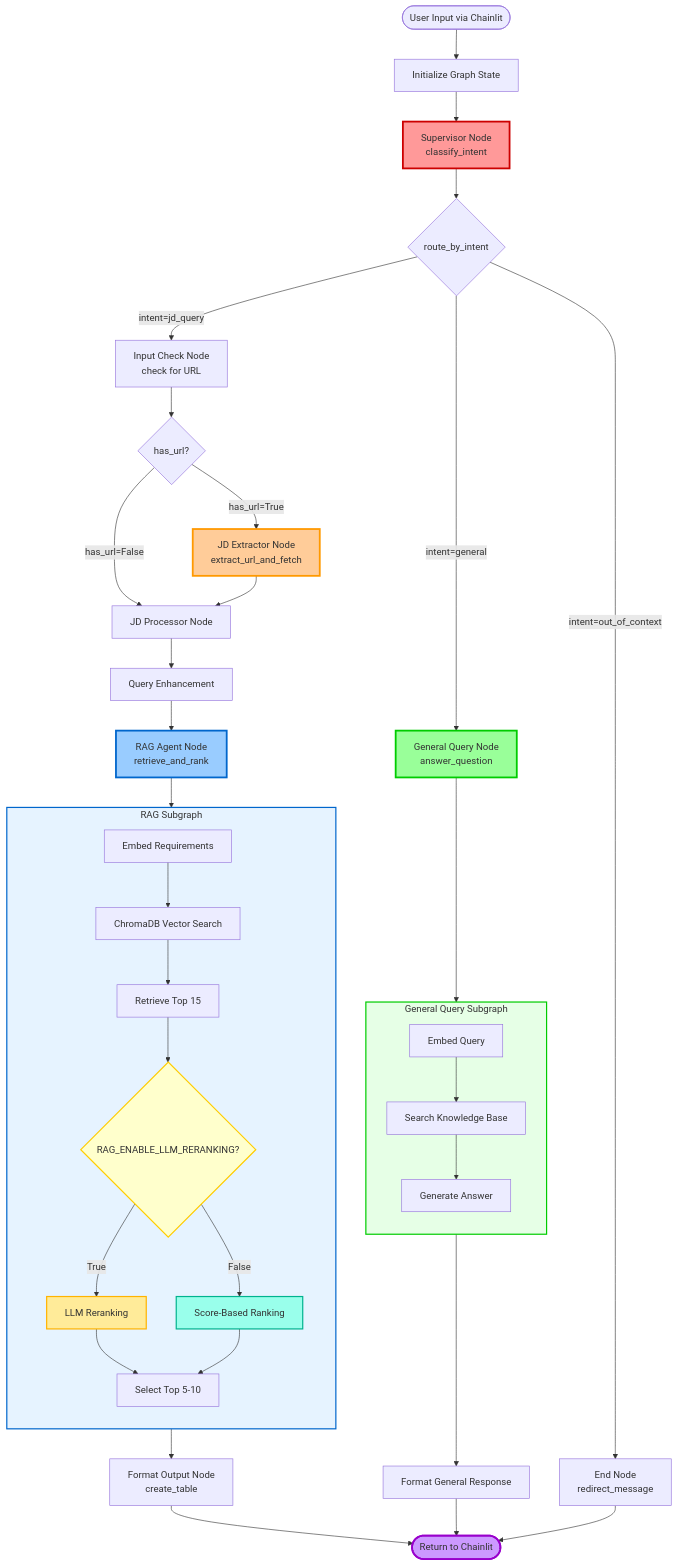
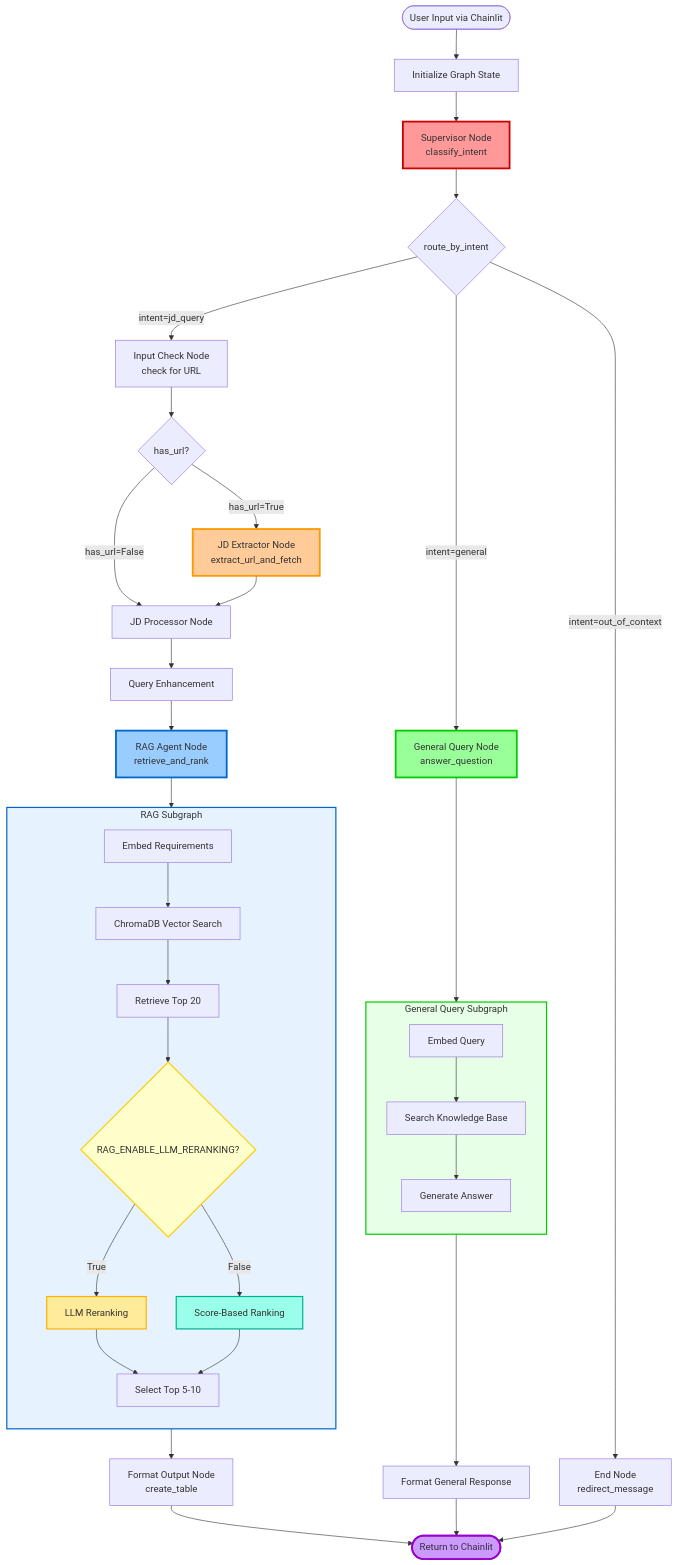
The diagram in README.md (vinu0404/Assessment_Recommendation), drawn with Mermaid before and after one commit. The commit also changed other lines of this file and 9 other files, not shown here.

````diff
--- a/README.md
+++ b/README.md
@@ -68,64 +47,64 @@
 ```mermaid
 graph TD
     Start([User Input via Chainlit]) --> InitState[Initialize Graph State]
    
     InitState --> SupervisorNode[Supervisor Node<br/>classify_intent]
    
     SupervisorNode --> SupervisorEdge{route_by_intent}
    
     SupervisorEdge -->|intent=jd_query| InputCheckNode[Input Check Node<br/>check for URL]
     SupervisorEdge -->|intent=general| GeneralNode[General Query Node<br/>answer_question]
     SupervisorEdge -->|intent=out_of_context| EndNode[End Node<br/>redirect_message]
    
     InputCheckNode --> URLCheckEdge{has_url?}
    
     URLCheckEdge -->|has_url=True| ExtractorNode[JD Extractor Node<br/>extract_url_and_fetch]
     URLCheckEdge -->|has_url=False| ProcessorNode[JD Processor Node]
    
     ExtractorNode --> ProcessorNode
    
     ProcessorNode --> EnhanceNode[Query Enhancement]
    
     EnhanceNode --> RAGNode[RAG Agent Node<br/>retrieve_and_rank]
    
     RAGNode --> RAGSubgraph[RAG Processing]
    
     subgraph RAGSubgraph[RAG Subgraph]
         direction TB
         EmbedStep[Embed Requirements] --> VectorSearchStep[ChromaDB Vector Search]
-        VectorSearchStep --> RetrieveStep[Retrieve Top 15]
+        VectorSearchStep --> RetrieveStep[Retrieve Top 20]
         RetrieveStep --> RerankDecision{RAG_ENABLE_LLM_RERANKING?}
         RerankDecision -->|True| LLMRerankStep[LLM Reranking]
         RerankDecision -->|False| ScoreRankStep[Score-Based Ranking]
         LLMRerankStep --> SelectStep[Select Top 5-10]
         ScoreRankStep --> SelectStep
     end
    
     RAGSubgraph --> FormatNode[Format Output Node<br/>create_table]
    
     FormatNode --> OutputNode([Return to Chainlit])
    
     GeneralNode --> GeneralSubgraph[General Query Processing]
    
     subgraph GeneralSubgraph[General Query Subgraph]
         direction TB
         EmbedQuery[Embed Query] --> SearchKB[Search Knowledge Base]
         SearchKB --> GenerateAns[Generate Answer]
     end
    
     GeneralSubgraph --> FormatGeneral[Format General Response]
     FormatGeneral --> OutputNode
    
     EndNode --> OutputNode
    
     style SupervisorNode fill:#ff9999,stroke:#cc0000,stroke-width:3px
     style RAGNode fill:#99ccff,stroke:#0066cc,stroke-width:3px
     style GeneralNode fill:#99ff99,stroke:#00cc00,stroke-width:3px
     style ExtractorNode fill:#ffcc99,stroke:#ff9900,stroke-width:3px
     style OutputNode fill:#cc99ff,stroke:#9900cc,stroke-width:3px
     style RAGSubgraph fill:#e6f3ff,stroke:#0066cc,stroke-width:2px
     style GeneralSubgraph fill:#e6ffe6,stroke:#00cc00,stroke-width:2px
     style LLMRerankStep fill:#ffeb99,stroke:#ffb300,stroke-width:2px
     style ScoreRankStep fill:#99ffeb,stroke:#00b38f,stroke-width:2px
     style RerankDecision fill:#ffffcc,stroke:#ffcc00,stroke-width:2px
 ```
````
